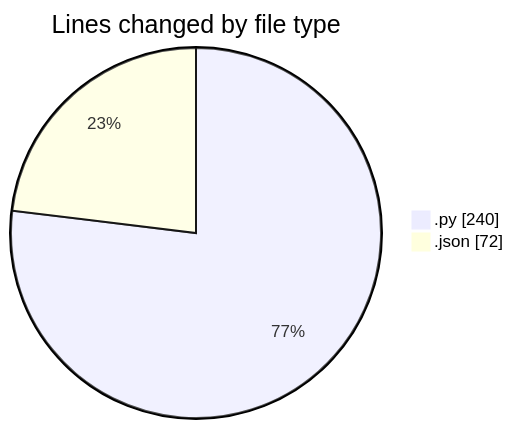
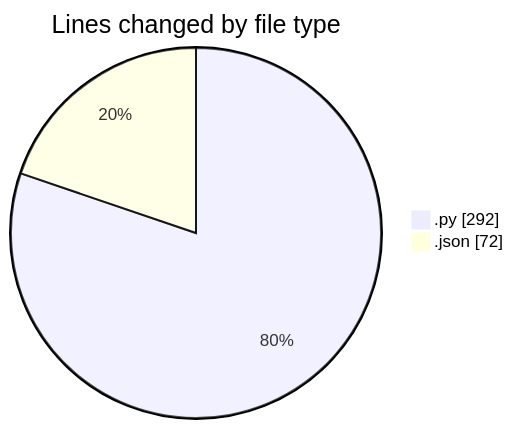
The first of 2 diagrams in 2025-02-23/samplepdf/README.md (momahboobian/code-tracking), drawn with Mermaid before and after one commit. The commit also changed other lines of this file and 1 other file, not shown here.

````diff
--- a/2025-02-23/samplepdf/README.md
+++ b/2025-02-23/samplepdf/README.md
@@ -24,6 +25,6 @@
 ```mermaid
 pie showData
 title Lines changed by file type
-".py" : 240
+".py" : 292
 ".json" : 72
 ```
````
